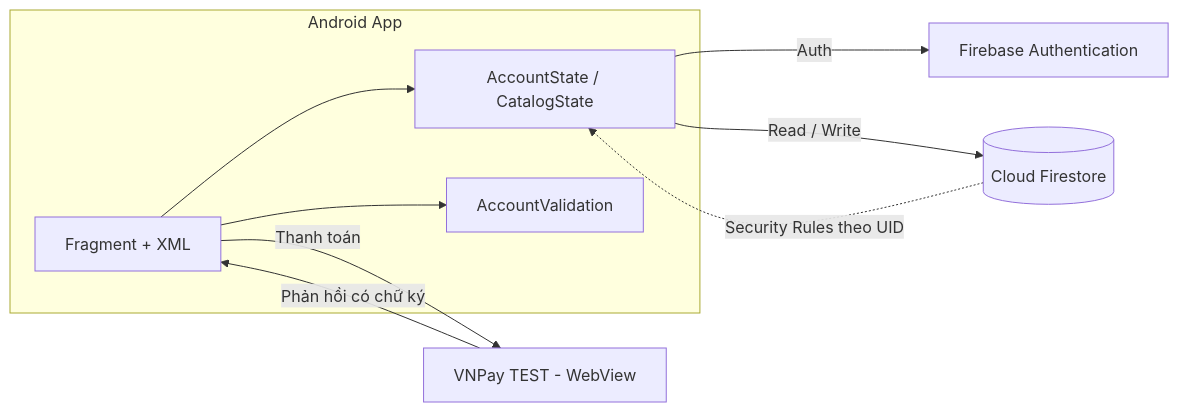
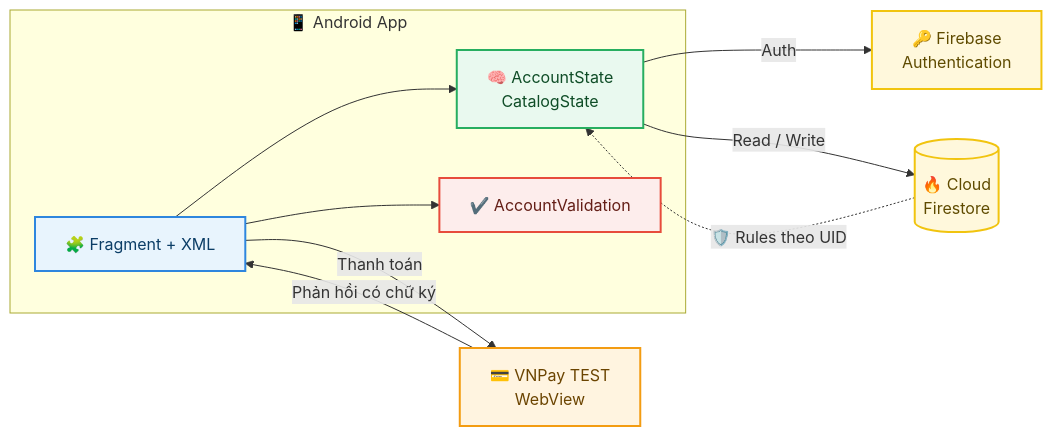
Before and after one commit to pvhNam/TMDT_CK: the second of 2 diagrams in README.md, drawn with Mermaid. The commit also changed other lines of this file, not shown here.

````diff
--- a/README.md
+++ b/README.md
@@ -66,15 +115,21 @@
 ```mermaid
 flowchart LR
-    subgraph Client[Android App]
-        UI[Fragment + XML]
-        ST[AccountState / CatalogState]
-        VAL[AccountValidation]
+    subgraph Client["📱 Android App"]
+        UI["🧩 Fragment + XML"]:::ui
+        ST["🧠 AccountState<br/>CatalogState"]:::state
+        VAL["✔️ AccountValidation"]:::val
         UI --> ST
         UI --> VAL
     end
-    ST -->|Auth| FA[Firebase Authentication]
-    ST -->|Read / Write| FS[(Cloud Firestore)]
-    FS -.->|Security Rules theo UID| ST
-    UI -->|Thanh toán| VNP[VNPay TEST - WebView]
-    VNP -->|Phản hồi có chữ ký| UI
+    ST -->|Auth| FA["🔑 Firebase<br/>Authentication"]:::fb
+    ST -->|Read / Write| FS[("🔥 Cloud<br/>Firestore")]:::fb
+    FS -.->|"🛡️ Rules theo UID"| ST
+    UI -->|Thanh toán| VNP["💳 VNPay TEST<br/>WebView"]:::pay
+    VNP -->|"Phản hồi có chữ ký"| UI
+
+    classDef ui fill:#E8F4FD,stroke:#2E86DE,color:#0B3D66,stroke-width:2px;
+    classDef state fill:#E9F9EF,stroke:#27AE60,color:#0F4D27,stroke-width:2px;
+    classDef val fill:#FDEDEC,stroke:#E74C3C,color:#641E16,stroke-width:2px;
+    classDef fb fill:#FFF8DC,stroke:#F1C40F,color:#5F4B00,stroke-width:2px;
+    classDef pay fill:#FFF4E0,stroke:#F39C12,color:#6B4400,stroke-width:2px;
 ```
````
